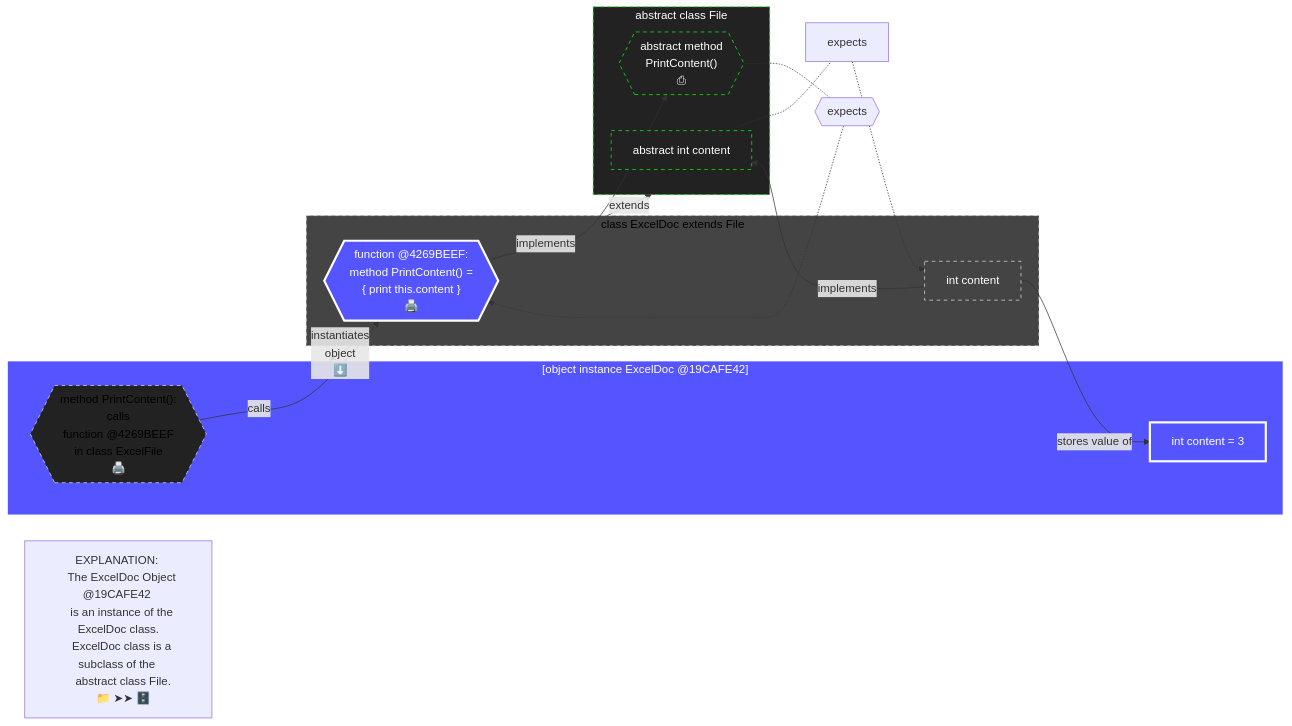
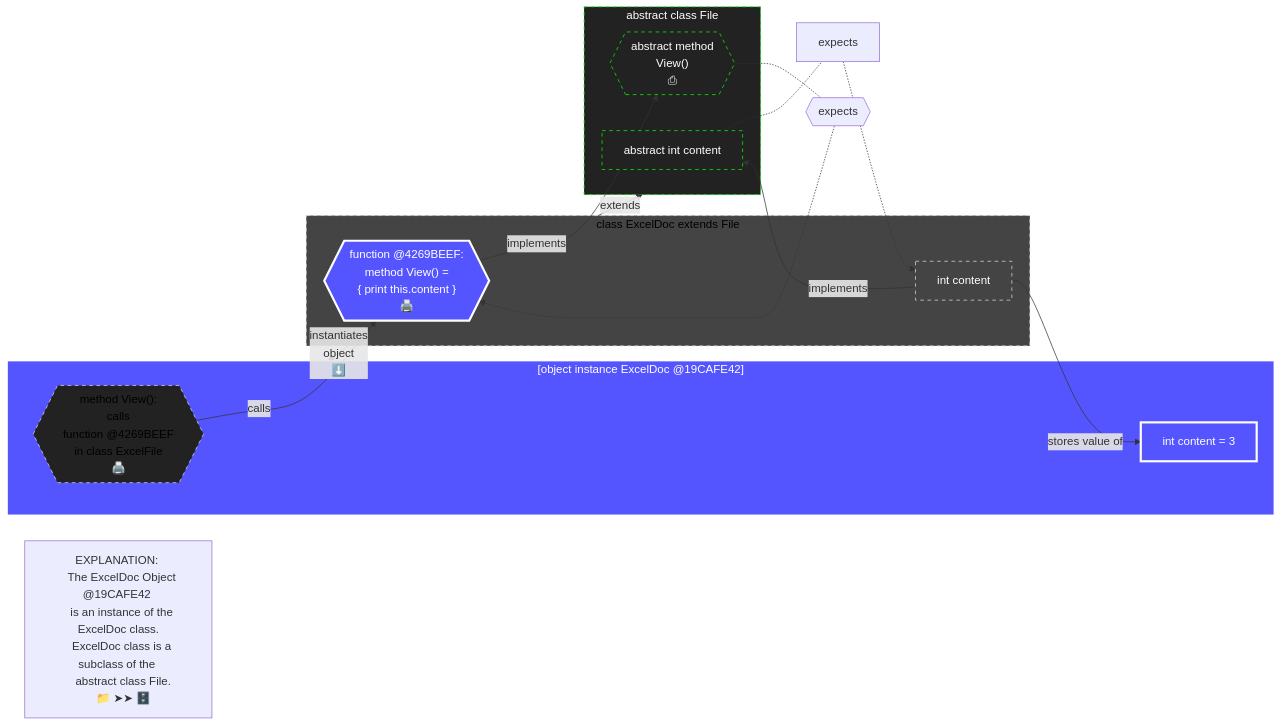
The seventh of 8 diagrams in 09-ClassOrientedProgramming.md (realityexpander/How_to_program_from_ground_up), drawn with Mermaid before and after one commit. The commit also changed other lines of this file, not shown here.

Commit message:
update COP

````diff
--- a/09-ClassOrientedProgramming.md
+++ b/09-ClassOrientedProgramming.md
@@ -833,59 +833,59 @@
    ```mermaid
      flowchart LR
    
-     ExcelDocObjectPrintContentMethodFunctionPointer -- calls --> ExcelDocClassPrintContentMethod:::Object
+     ExcelDocObjectViewMethodFunctionPointer -- calls --> ExcelDocClassViewMethod:::Object
      ExcelDocClassAgeInt -- stores value of --> ExcelDocObjectAgeInt 
      subgraph ExcelDocObject["[object instance ExcelDoc @19CAFE42]"]
          ExcelDocObjectAgeInt["int content = 3"]
-         ExcelDocObjectPrintContentMethodFunctionPointer{{"method PrintContent(): 
+         ExcelDocObjectViewMethodFunctionPointer{{"method View(): 
             calls 
             function @4269BEEF
             in class ExcelFile
             🖨️
             "}}
      end
      subgraph classExcelDoc["class ExcelDoc extends File"]
          ExcelDocClassAgeInt["int content"]
-         ExcelDocClassPrintContentMethod{{"function @4269BEEF:  
-            method PrintContent() =
+         ExcelDocClassViewMethod{{"function @4269BEEF:  
+            method View() =
             { print this.content }
             🖨️
             "}}
      end
      abstractAgeInt -.- expects -.-> ExcelDocClassAgeInt
-     abstractPrintContentMethod -.- expects2{{"expects"}} -.-> ExcelDocClassPrintContentMethod:::Object
+     abstractViewMethod -.- expects2{{"expects"}} -.-> ExcelDocClassViewMethod:::Object
      ExcelDocClassAgeInt -- implements --> abstractAgeInt:::Abstract
    
      note["
         EXPLANATION: 
         The ExcelDoc Object @19CAFE42 
         is an instance of the ExcelDoc class.
         ExcelDoc class is a subclass of the 
         abstract class File.
         📁 ➤➤ 🗄️"]
      
      classExcelDoc -- "instantiates 
                         object
                         ⬇️" --> ExcelDocObject:::Object
      classExcelDoc -- extends --> abstractFile:::Abstract
-     ExcelDocClassPrintContentMethod -- implements --> abstractPrintContentMethod:::Abstract
+     ExcelDocClassViewMethod -- implements --> abstractViewMethod:::Abstract
      subgraph abstractFile["abstract class File"]
        abstractAgeInt["abstract int content"]
-       abstractPrintContentMethod{{"
+       abstractViewMethod{{"
           abstract method 
-          PrintContent()
+          View()
           ⎙
           "}}
      end
    
      classDef Abstract fill:#222, stroke:#0F0, stroke-width:1px, color:#fff, stroke-dasharray: 5 5
      
      classDef Class fill:#444, stroke:#00F, stroke-width:1px, color:#000, stroke-dasharray: 5 5
      %% For nodes that are the source of a link, the style must be defined in the link, not the classDef. 
      style classExcelDoc fill:#444, stroke:#DDD, stroke-width:1px, color:#000, stroke-dasharray: 5 5
      style ExcelDocClassAgeInt fill:#444, stroke:#DDD, stroke-width:1px, color:#FFF, stroke-dasharray: 5 5
      
      classDef Object fill:#55F, stroke:#FFF, stroke-width:3px, color:#fff
      style ExcelDocObjectAgeInt fill:#55F, stroke:#FFF, stroke-width:3px, color:#fff
-     style ExcelDocObjectPrintContentMethodFunctionPointer fill:#222, stroke:#DDD, stroke-width:1px, color:#000, stroke-dasharray: 5 5
+     style ExcelDocObjectViewMethodFunctionPointer fill:#222, stroke:#DDD, stroke-width:1px, color:#000, stroke-dasharray: 5 5
    ```
````
